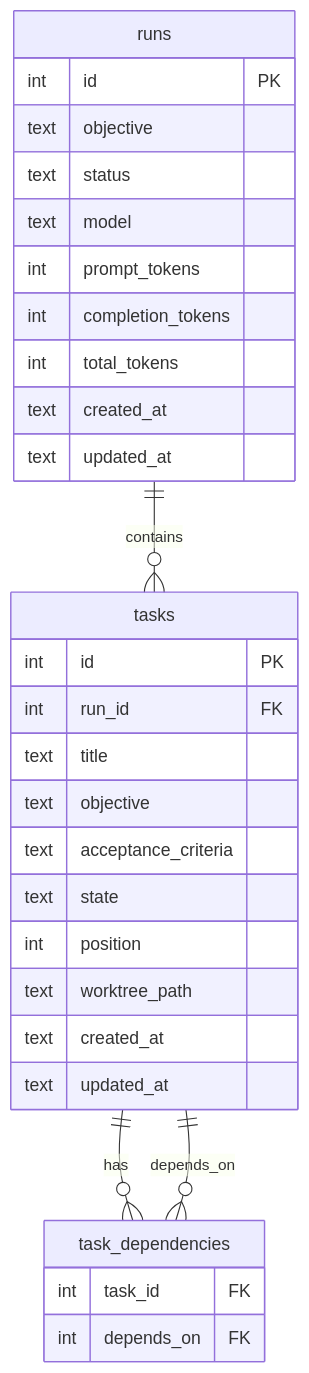
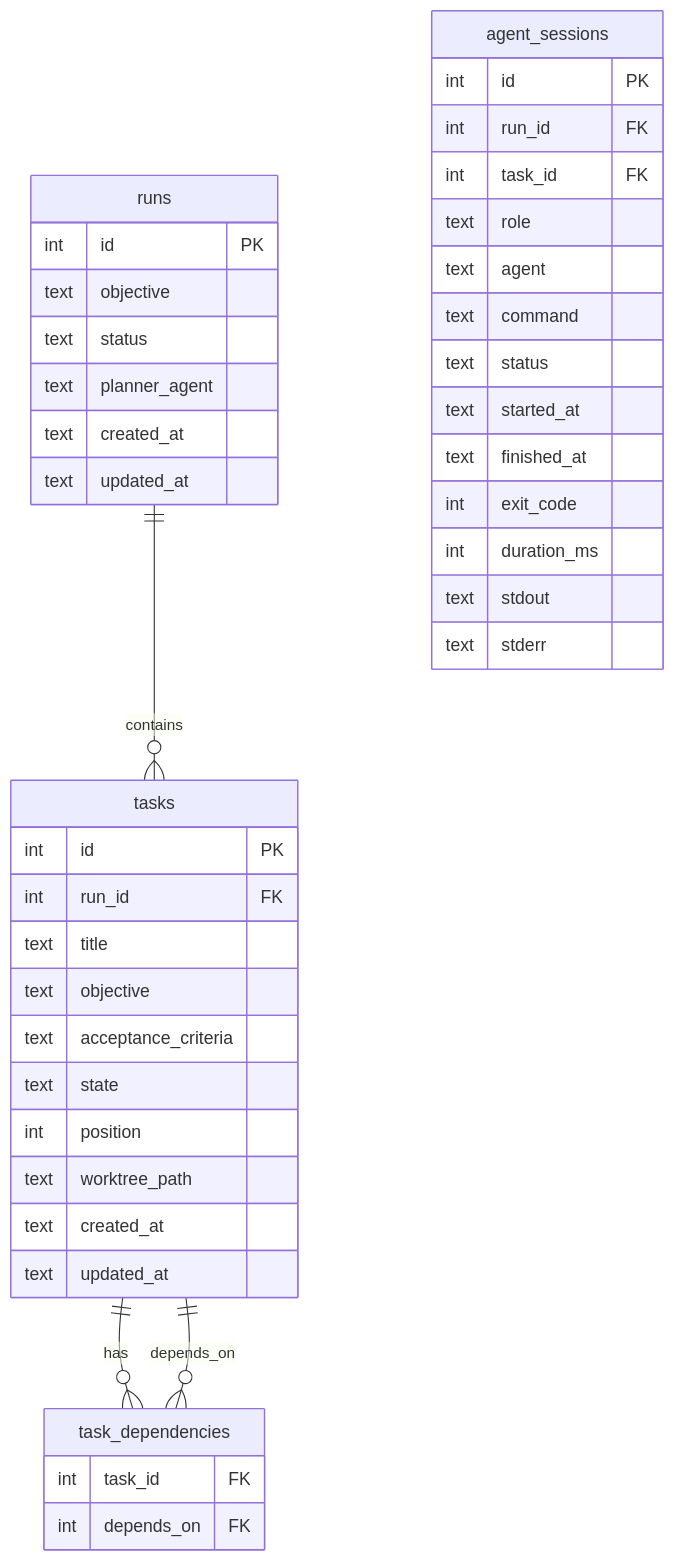
One commit to OmegaMc1331/agentic-software-factory changed the third of 3 diagrams in docs/architecture.md. Above: the diagram before and after it, drawn with Mermaid. The commit also changed other lines of this file and 42 other files, not shown here.

````diff
--- a/docs/architecture.md
+++ b/docs/architecture.md
@@ -145,33 +162,45 @@
 ```mermaid
 erDiagram
     runs ||--o{ tasks : contains
     tasks ||--o{ task_dependencies : has
     task_dependencies }o--|| tasks : depends_on
     runs {
         int id PK
         text objective
         text status
-        text model
-        int prompt_tokens
-        int completion_tokens
-        int total_tokens
+        text planner_agent
         text created_at
         text updated_at
     }
     tasks {
         int id PK
         int run_id FK
         text title
         text objective
         text acceptance_criteria
         text state
         int position
         text worktree_path
         text created_at
         text updated_at
     }
     task_dependencies {
         int task_id FK
         int depends_on FK
     }
+    agent_sessions {
+        int id PK
+        int run_id FK
+        int task_id FK
+        text role
+        text agent
+        text command
+        text status
+        text started_at
+        text finished_at
+        int exit_code
+        int duration_ms
+        text stdout
+        text stderr
+    }
 ```
````
